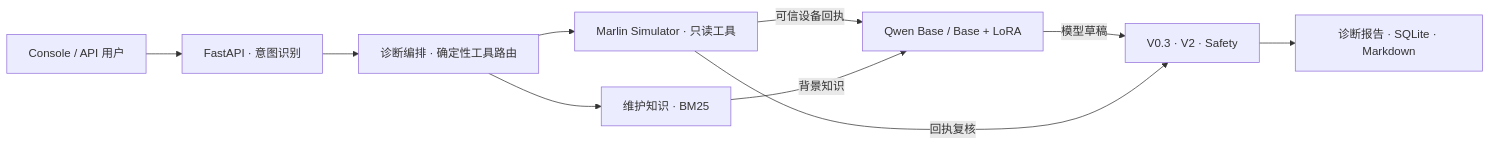
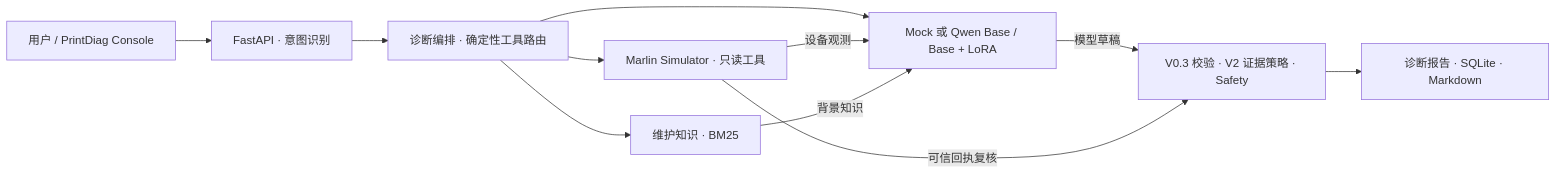
One commit to Dannyzhou0512/PrintDiag-Agent changed the diagram in README.md. Above: the diagram before and after it, drawn with Mermaid. The commit also changed other lines of this file and 5 other files, not shown here.

````diff
--- a/README.md
+++ b/README.md
@@ -14,12 +70,13 @@
 ```mermaid
 flowchart LR
-    A["Console / API 用户"] --> B["FastAPI · 意图识别"]
+    A["用户 / PrintDiag Console"] --> B["FastAPI · 意图识别"]
     B --> C["诊断编排 · 确定性工具路由"]
     C --> D["Marlin Simulator · 只读工具"]
     C --> E["维护知识 · BM25"]
-    D -->|可信设备回执| F["Qwen Base / Base + LoRA"]
+    C --> F["Mock 或 Qwen Base / Base + LoRA"]
+    D -->|设备观测| F
     E -->|背景知识| F
-    F -->|模型草稿| G["V0.3 · V2 · Safety"]
-    D -->|回执复核| G
+    F -->|模型草稿| G["V0.3 校验 · V2 证据策略 · Safety"]
+    D -->|可信回执复核| G
     G --> H["诊断报告 · SQLite · Markdown"]
 ```
````
